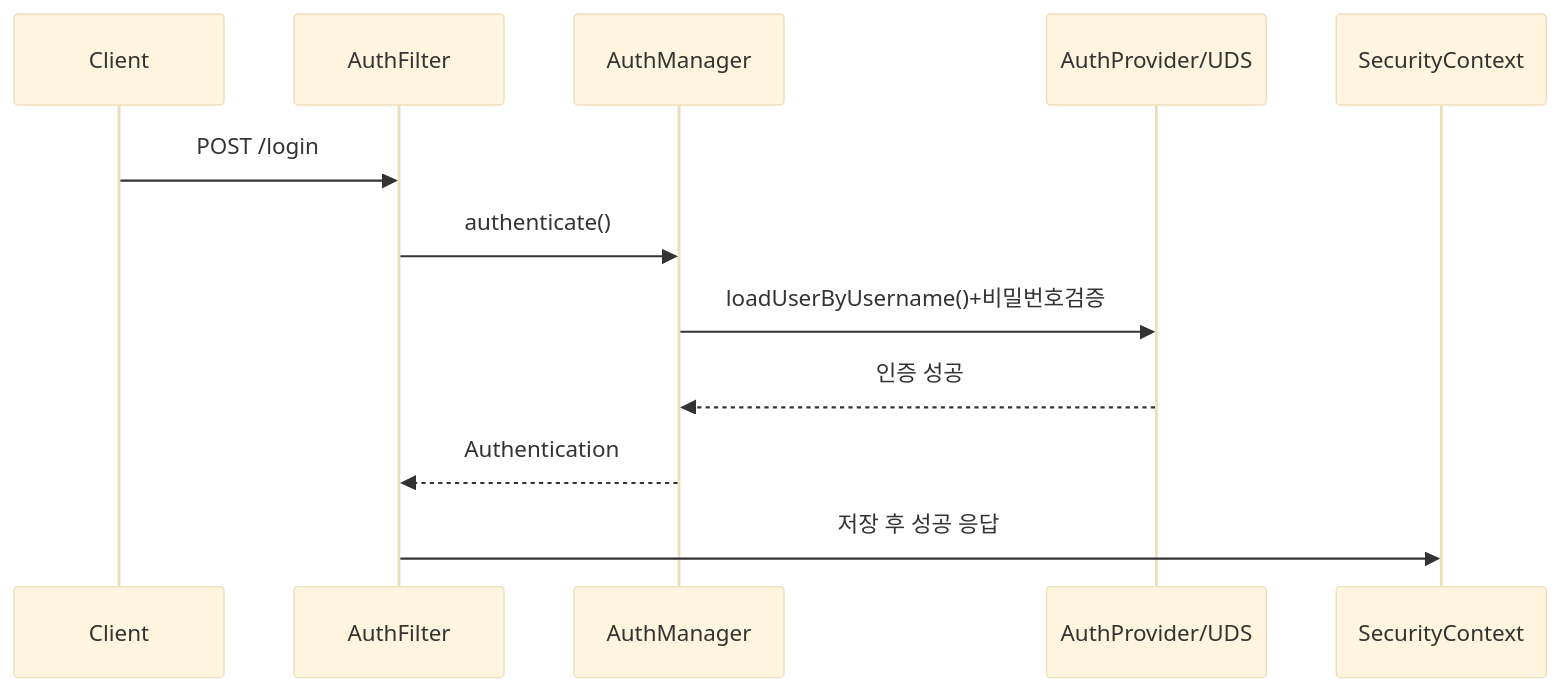
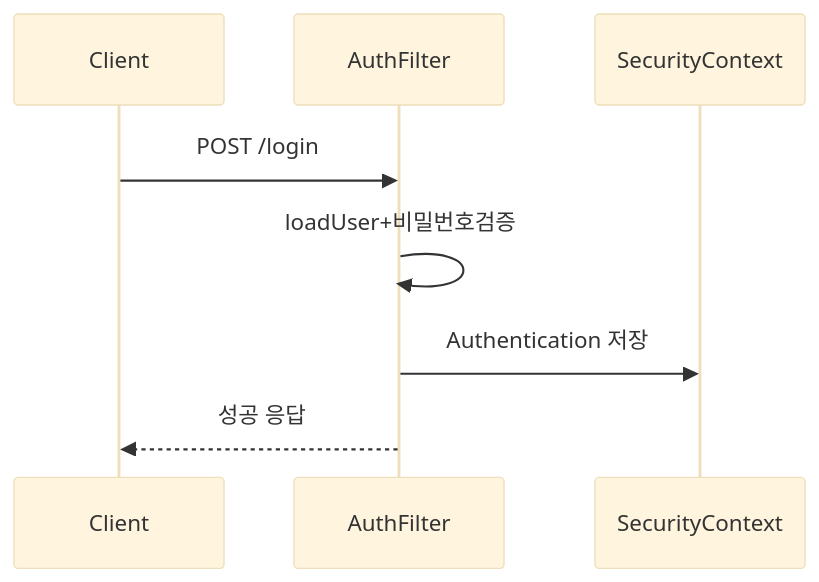
One commit to yjkim2015/yjkim2015.github.io changed the second of 5 diagrams in _posts/spring/2026-05-01-spring-security-architecture.md. Above: the diagram before and after it, drawn with Mermaid (base theme). The commit also changed other lines of this file and 155 other files, not shown here.

First line of the commit message:
Mermaid 전면 수정: subgraph 제거, participant/노드/줄수 축소 (342블록)

````diff
--- a/_posts/spring/2026-05-01-spring-security-architecture.md
+++ b/_posts/spring/2026-05-01-spring-security-architecture.md
@@ -100,14 +100,10 @@
 ```mermaid
 sequenceDiagram
     participant C as Client
     participant F as AuthFilter
-    participant AM as AuthManager
-    participant AP as AuthProvider/UDS
     participant SC as SecurityContext
     C->>F: POST /login
-    F->>AM: authenticate()
-    AM->>AP: loadUserByUsername()+비밀번호검증
-    AP-->>AM: 인증 성공
-    AM-->>F: Authentication
-    F->>SC: 저장 후 성공 응답
+    F->>F: loadUser+비밀번호검증
+    F->>SC: Authentication 저장
+    F-->>C: 성공 응답
 ```
````
